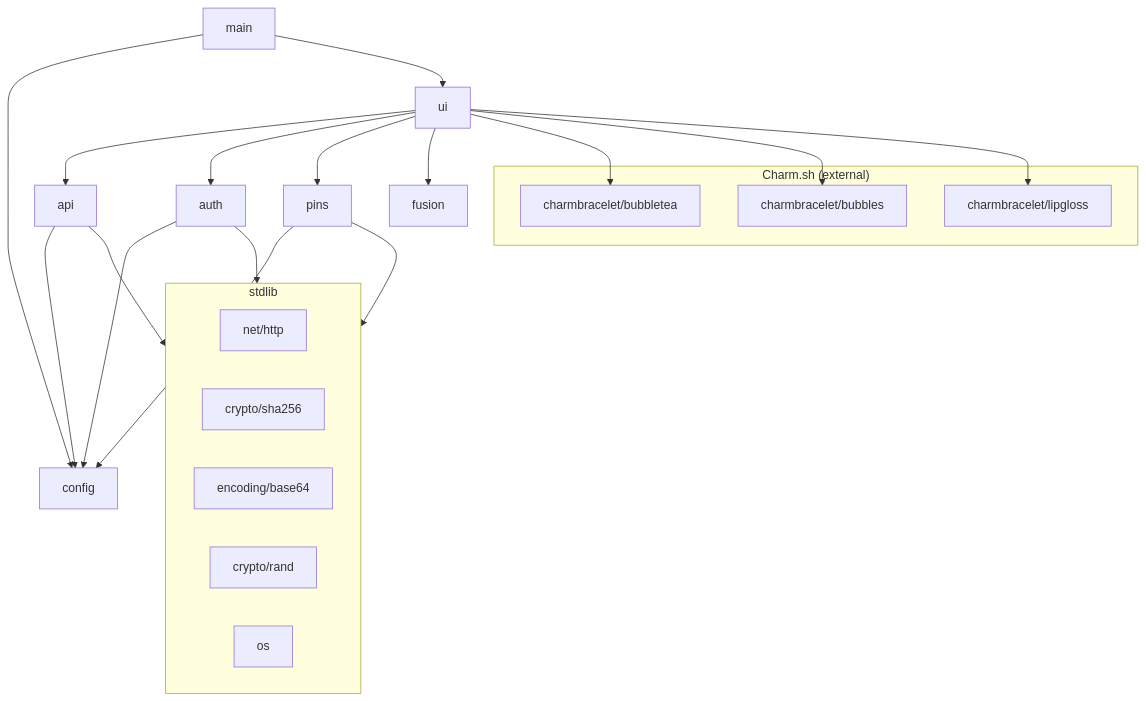
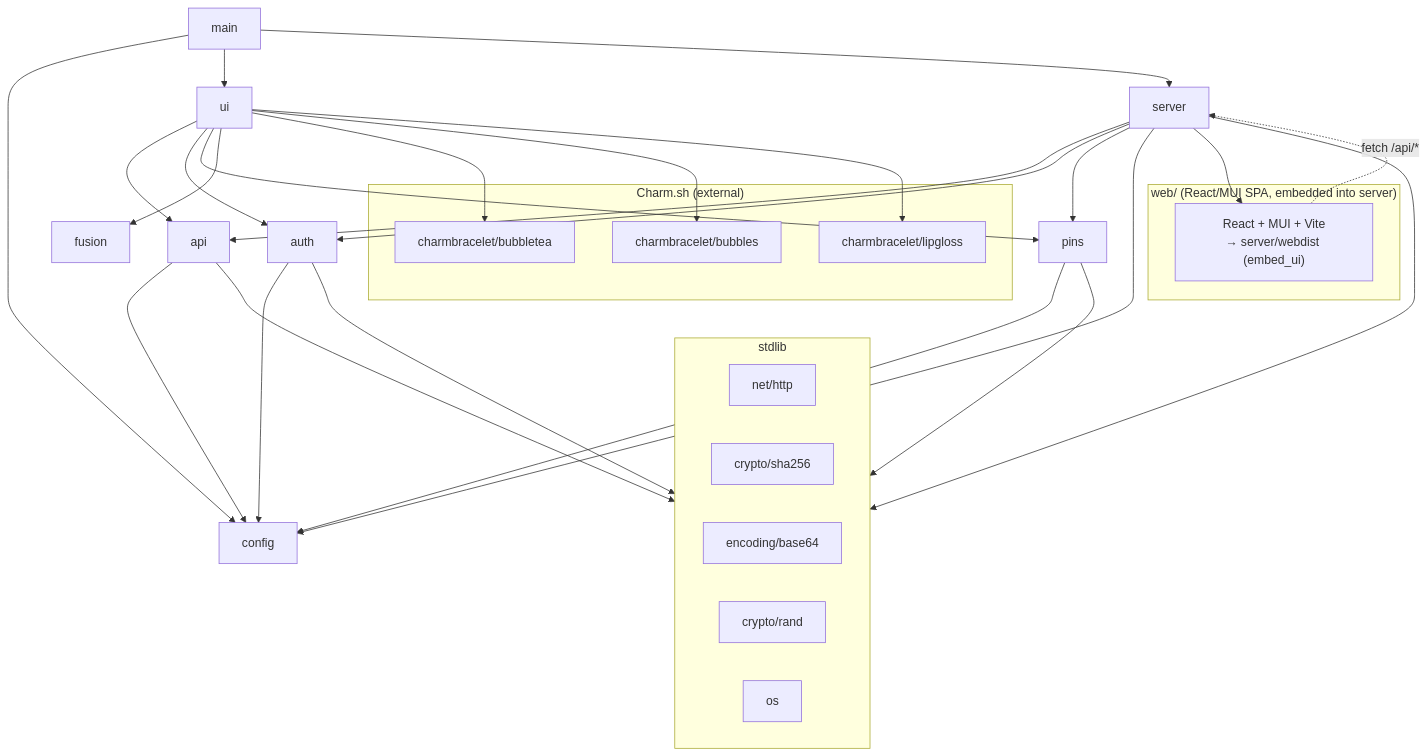
One commit to schneik80/fusionlocalserver changed the fourth of 8 diagrams in docs/architecture.md. Above: the diagram before and after it, drawn with Mermaid. The commit also changed other lines of this file and 56 other files, not shown here.

````diff
--- a/docs/architecture.md
+++ b/docs/architecture.md
@@ -95,34 +132,50 @@
 ```mermaid
 graph TD
     main --> config
     main --> ui
+    main --> server
+
     ui --> api
     ui --> auth
     ui --> pins
     ui --> fusion
+
+    server --> api
+    server --> auth
+    server --> pins
+    server --> config
+
     auth --> config
     api --> config
     pins --> config
 
     subgraph stdlib
         net/http
         crypto/sha256
         encoding/base64
         crypto/rand
         os
     end
 
     auth --> stdlib
     api --> stdlib
     pins --> stdlib
+    server --> stdlib
 
     subgraph charm["Charm.sh (external)"]
         bubbletea["charmbracelet/bubbletea"]
         bubbles["charmbracelet/bubbles"]
         lipgloss["charmbracelet/lipgloss"]
     end
 
     ui --> bubbletea
     ui --> bubbles
     ui --> lipgloss
+
+    subgraph web["web/ (React/MUI SPA, embedded into server)"]
+        spa["React + MUI + Vite\n→ server/webdist (embed_ui)"]
+    end
+
+    server --> spa
+    spa -. "fetch /api/*" .-> server
 ```
````
